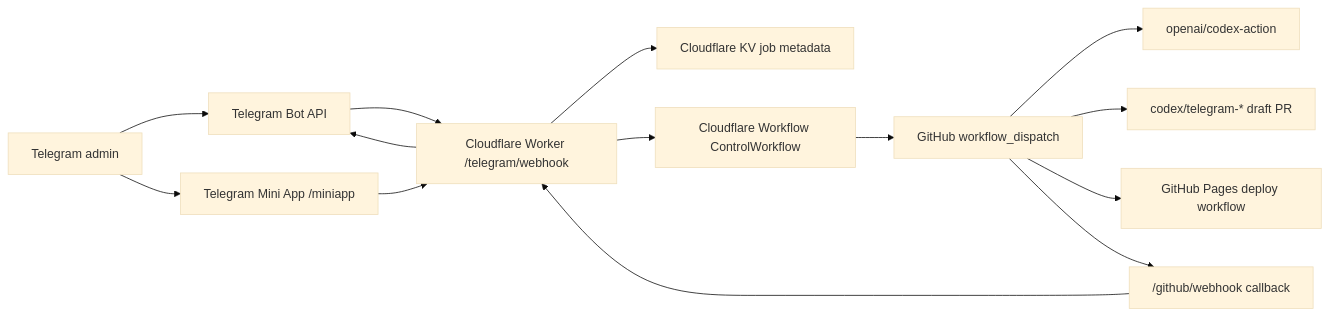
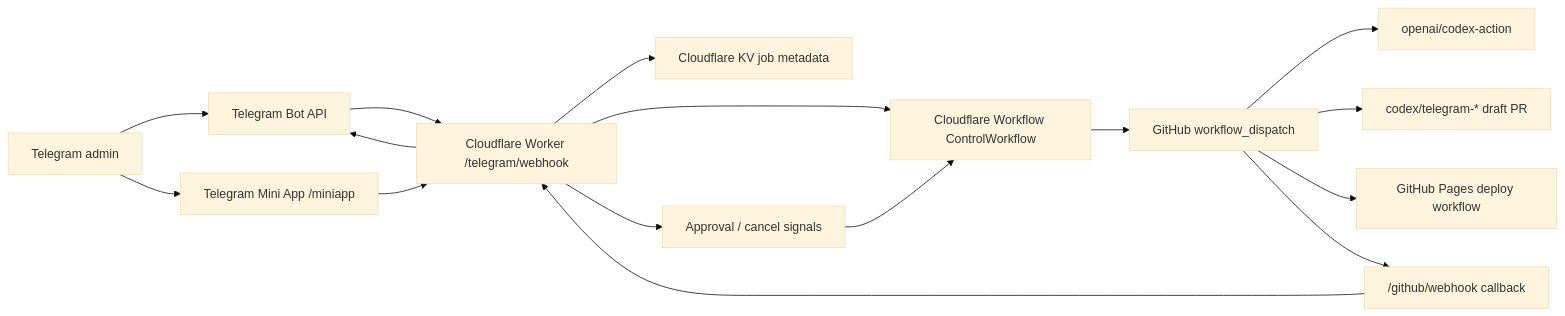
The diagram in docs/ai/TELEGRAM_CONTROL_PLANE.md (Yehor212/people-first-app), drawn with Mermaid (base theme) before and after one commit. The commit also changed other lines of this file and 8 other files, not shown here.

Commit message:
batch: wire telegram workflow approval signals

````diff
--- a/docs/ai/TELEGRAM_CONTROL_PLANE.md
+++ b/docs/ai/TELEGRAM_CONTROL_PLANE.md
@@ -13,16 +13,18 @@
 ```mermaid
 flowchart LR
   Admin["Telegram admin"] --> Bot["Telegram Bot API"]
   Bot --> Worker["Cloudflare Worker /telegram/webhook"]
   Admin --> MiniApp["Telegram Mini App /miniapp"]
   MiniApp --> Worker
   Worker --> KV["Cloudflare KV job metadata"]
   Worker --> Workflow["Cloudflare Workflow ControlWorkflow"]
+  Worker --> Signal["Approval / cancel signals"]
+  Signal --> Workflow
   Workflow --> GitHub["GitHub workflow_dispatch"]
   GitHub --> Codex["openai/codex-action"]
   GitHub --> PR["codex/telegram-* draft PR"]
   GitHub --> PagesDeploy["GitHub Pages deploy workflow"]
   GitHub --> Callback["/github/webhook callback"]
   Callback --> Worker
   Worker --> Bot
 ```
````
